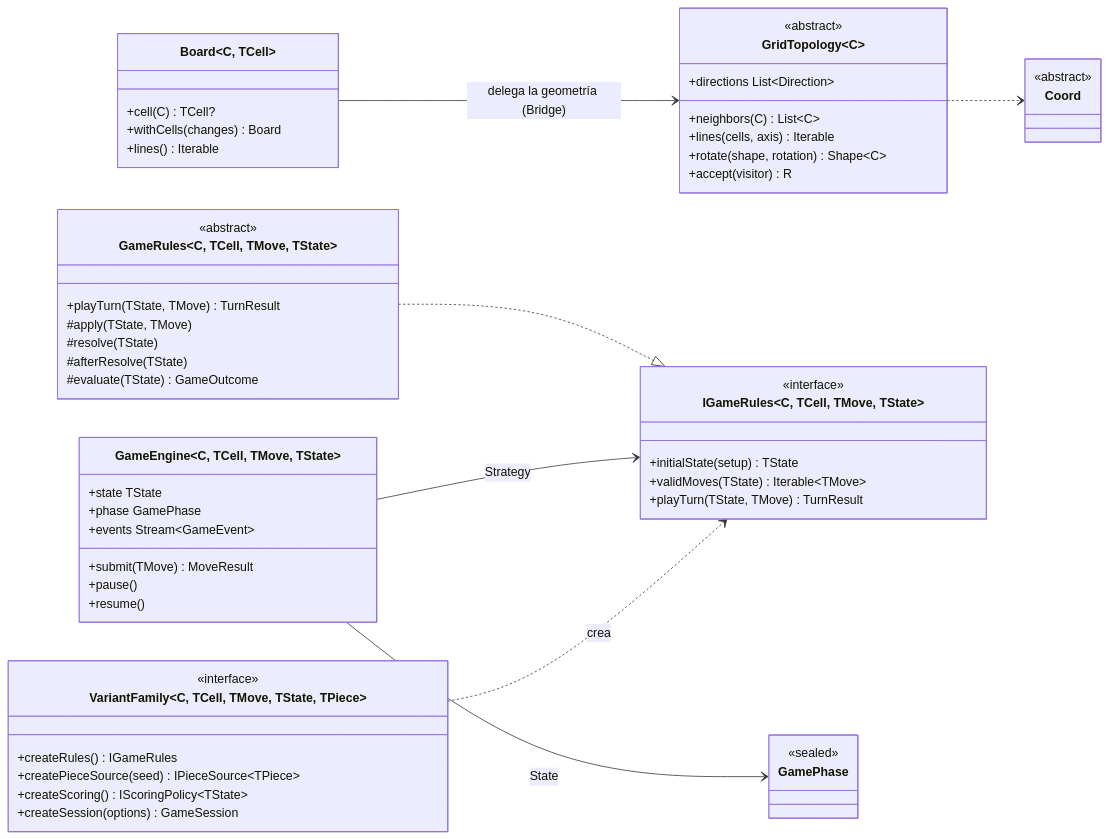
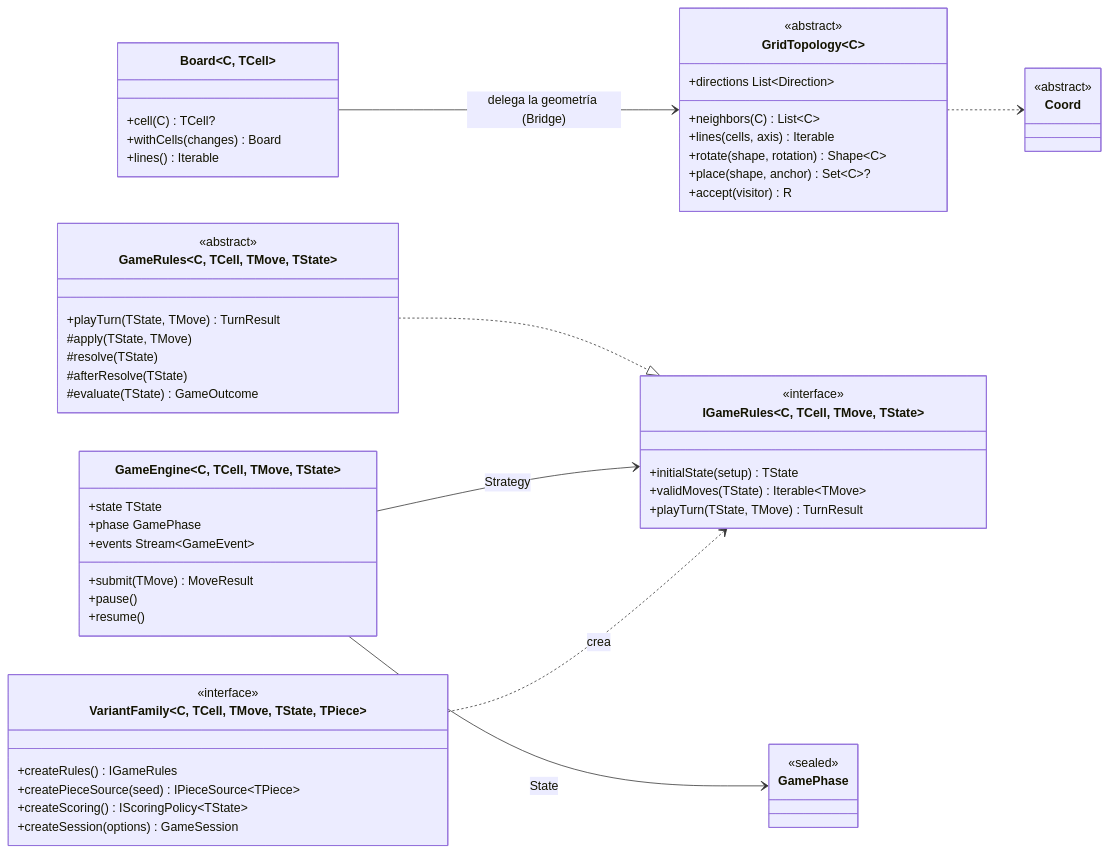
One commit to DanielHaro28/hexablock-app changed the first of 2 diagrams in docs/architecture/ARQ-02-MOTOR.md. Above: the diagram before and after it, drawn with Mermaid. The commit also changed other lines of this file and 22 other files, not shown here.

````diff
--- a/docs/architecture/ARQ-02-MOTOR.md
+++ b/docs/architecture/ARQ-02-MOTOR.md
@@ -55,58 +55,59 @@
 ```mermaid
 classDiagram
     direction LR
     class Coord {
       <<abstract>>
     }
     class GridTopology~C~ {
       <<abstract>>
       +neighbors(C) List~C~
       +lines(cells, axis) Iterable
       +directions List~Direction~
       +rotate(shape, rotation) Shape~C~
+      +place(shape, anchor) Set~C~?
       +accept(visitor) R
     }
     class Board~C, TCell~ {
       +cell(C) TCell?
       +withCells(changes) Board
       +lines() Iterable
     }
     class IGameRules~C, TCell, TMove, TState~ {
       <<interface>>
       +initialState(setup) TState
       +validMoves(TState) Iterable~TMove~
       +playTurn(TState, TMove) TurnResult
     }
     class GameRules~C, TCell, TMove, TState~ {
       <<abstract>>
       +playTurn(TState, TMove) TurnResult
       #apply(TState, TMove)
       #resolve(TState)
       #afterResolve(TState)
       #evaluate(TState) GameOutcome
     }
     class GameEngine~C, TCell, TMove, TState~ {
       +state TState
       +phase GamePhase
       +events Stream~GameEvent~
       +submit(TMove) MoveResult
       +pause()
       +resume()
     }
     class GamePhase {
       <<sealed>>
     }
     class VariantFamily~C, TCell, TMove, TState, TPiece~ {
       <<interface>>
       +createRules() IGameRules
       +createPieceSource(seed) IPieceSource~TPiece~
       +createScoring() IScoringPolicy~TState~
       +createSession(options) GameSession
     }
     Board --> GridTopology : delega la geometría (Bridge)
     GridTopology ..> Coord
     GameRules ..|> IGameRules
     GameEngine --> IGameRules : Strategy
     GameEngine --> GamePhase : State
     VariantFamily ..> IGameRules : crea
 ```
````
